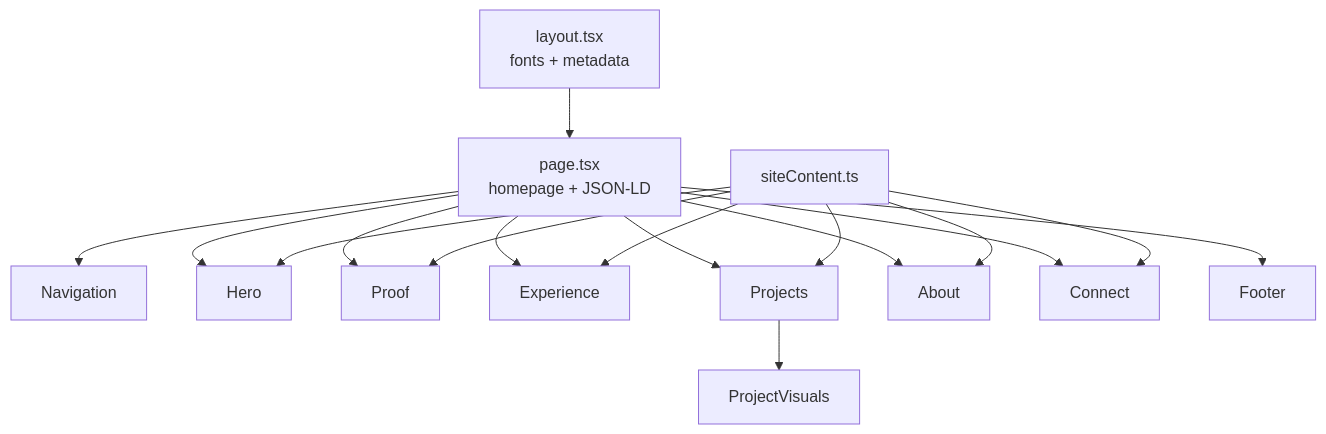
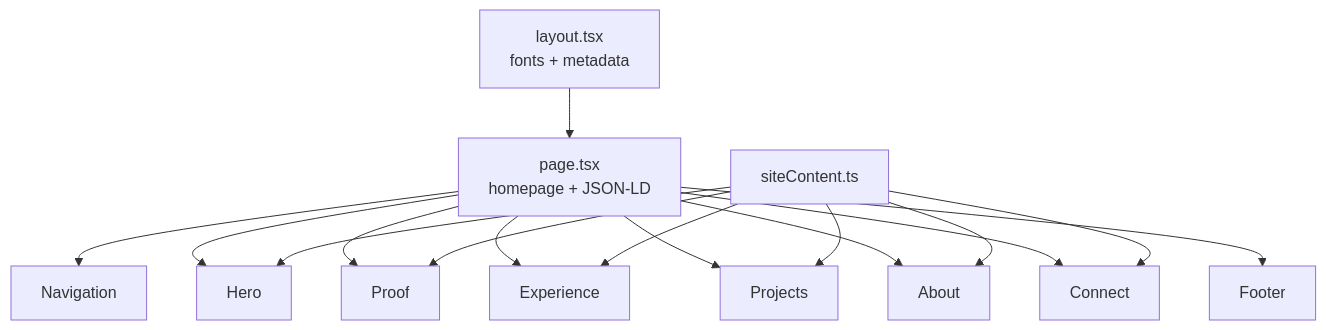
One commit to stevenmorano/stevenmorano.com changed the diagram in documents/ARCHITECTURE.md. Above: the diagram before and after it, drawn with Mermaid. The commit also changed other lines of this file and 23 other files, not shown here.

````diff
--- a/documents/ARCHITECTURE.md
+++ b/documents/ARCHITECTURE.md
@@ -7,19 +7,18 @@
 ```mermaid
 flowchart TD
     Layout["layout.tsx\nfonts + metadata"] --> Page["page.tsx\nhomepage + JSON-LD"]
     Page --> Navigation
     Page --> Hero
     Page --> Proof
     Page --> Experience
     Page --> Projects
     Page --> About
     Page --> Connect
     Page --> Footer
-    Projects --> ProjectVisuals
     Content["siteContent.ts"] --> Hero
     Content --> Proof
     Content --> Experience
     Content --> Projects
     Content --> About
     Content --> Connect
 ```
````
